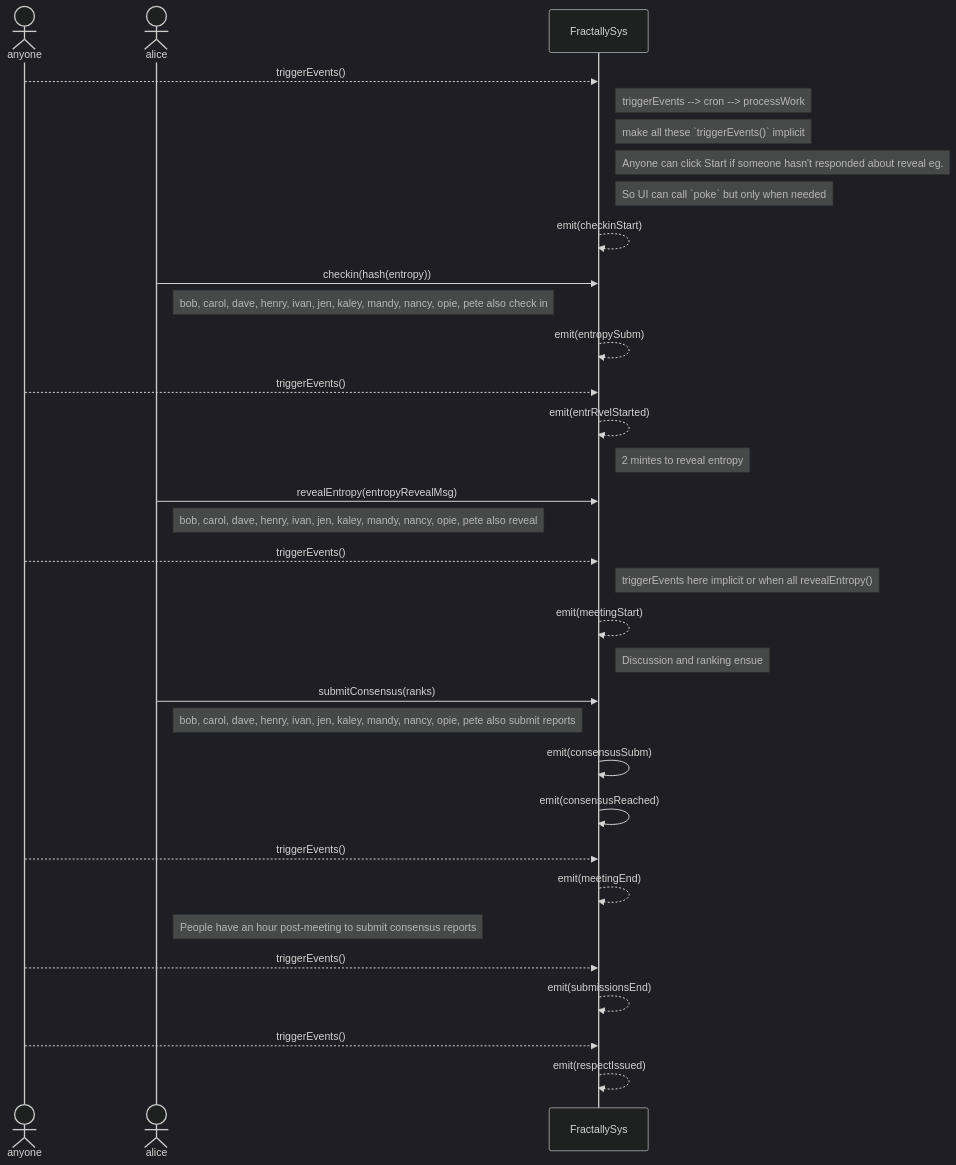
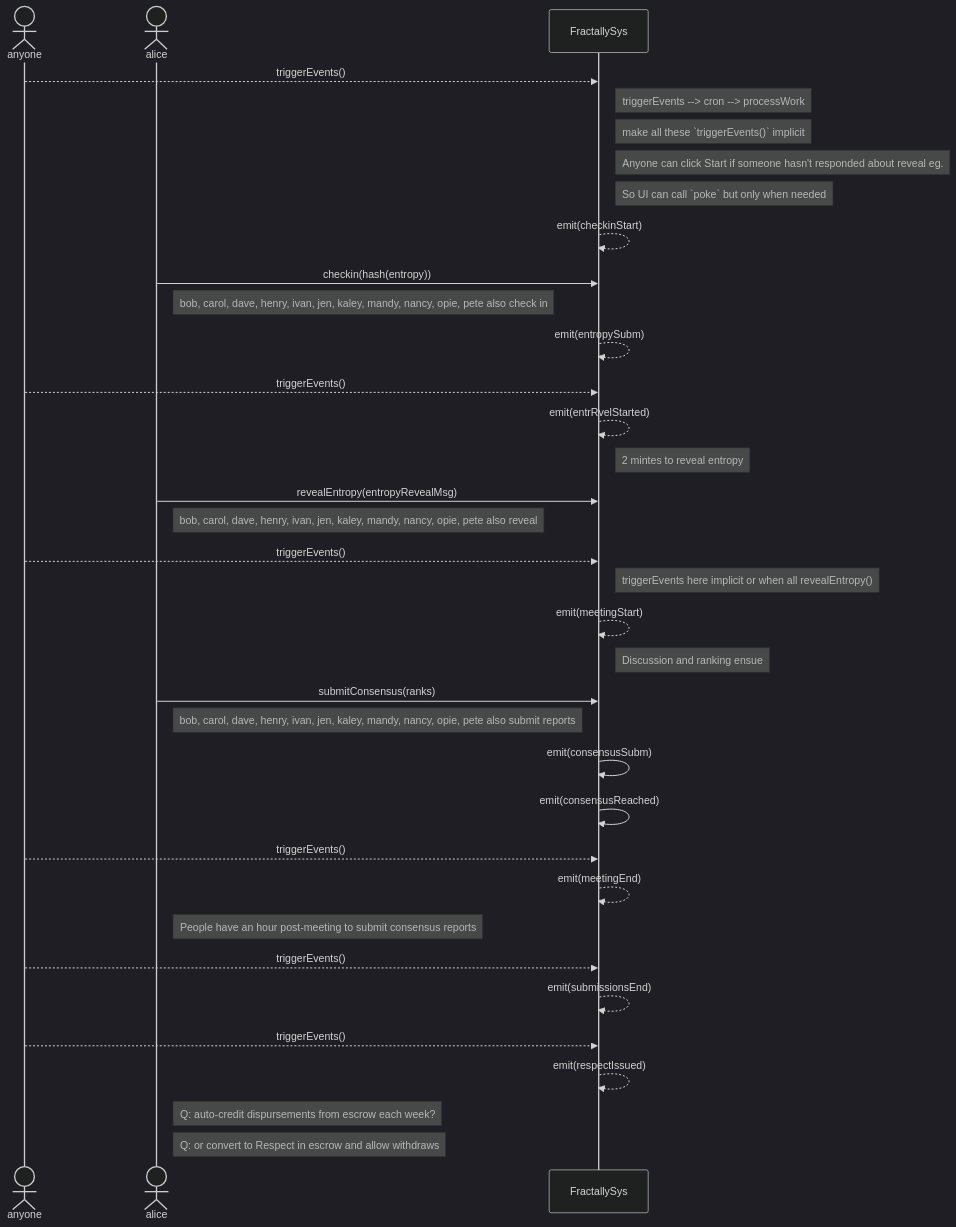
Before and after one commit to gofractally/psibase: the first of 3 diagrams in contracts/user/FractallySys/seqDiagrams/MemberActions.md, drawn with Mermaid (dark theme). The commit also changed 1 other file, not shown here.

Commit message:
more seq diagram additions

````diff
--- a/contracts/user/FractallySys/seqDiagrams/MemberActions.md
+++ b/contracts/user/FractallySys/seqDiagrams/MemberActions.md
@@ -2,37 +2,39 @@
 ```mermaid
 sequenceDiagram
 Actor anyone
 Actor alice
 
 anyone-->>FractallySys: triggerEvents()
 note right of FractallySys: triggerEvents --> cron --> processWork
 note right of FractallySys: make all these `triggerEvents()` implicit
 note right of FractallySys: Anyone can click Start if someone hasn't responded about reveal eg.
 note right of FractallySys: So UI can call `poke` but only when needed
 FractallySys-->>FractallySys: emit(checkinStart)
 alice->>FractallySys: checkin(hash(entropy))
 note right of alice: bob, carol, dave, henry, ivan, jen, kaley, mandy, nancy, opie, pete also check in
 FractallySys-->>FractallySys: emit(entropySubm)
 
 anyone-->>FractallySys: triggerEvents()
 FractallySys-->>FractallySys: emit(entrRvelStarted)
 note right of FractallySys: 2 mintes to reveal entropy
 alice->>FractallySys: revealEntropy(entropyRevealMsg)
 note right of alice: bob, carol, dave, henry, ivan, jen, kaley, mandy, nancy, opie, pete also reveal
 
 anyone-->>FractallySys: triggerEvents()
 note right of FractallySys: triggerEvents here implicit or when all revealEntropy()
 FractallySys-->>FractallySys: emit(meetingStart)
 note right of FractallySys: Discussion and ranking ensue
 alice->>FractallySys: submitConsensus(ranks)
 note right of alice: bob, carol, dave, henry, ivan, jen, kaley, mandy, nancy, opie, pete also submit reports
 FractallySys->>FractallySys: emit(consensusSubm)
 FractallySys->>FractallySys: emit(consensusReached)
 anyone-->>FractallySys: triggerEvents()
 FractallySys-->>FractallySys: emit(meetingEnd)
 note right of alice: People have an hour post-meeting to submit consensus reports
 anyone-->>FractallySys: triggerEvents()
 FractallySys-->>FractallySys: emit(submissionsEnd)
 anyone-->>FractallySys: triggerEvents()
 FractallySys-->>FractallySys: emit(respectIssued)
+note right of alice: Q: auto-credit dispursements from escrow each week?
+note right of alice: Q: or convert to Respect in escrow and allow withdraws
 ```
````
